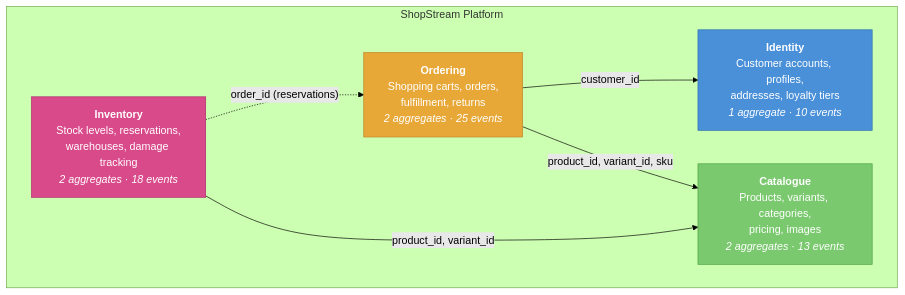
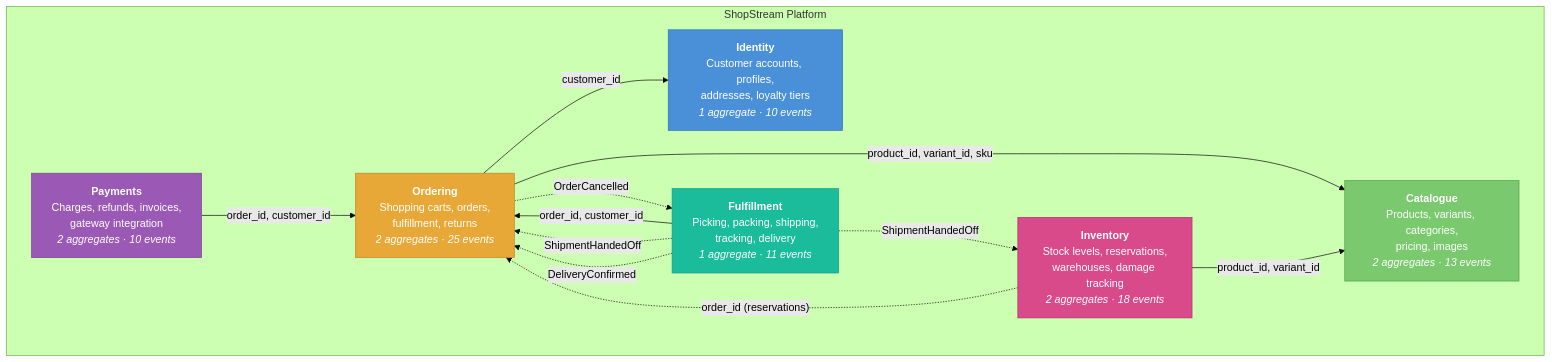
One commit to proteanhq/shopstream changed the diagram in docs/context-map.md. Above: the diagram before and after it, drawn with Mermaid (forest theme). The commit also changed other lines of this file and 64 other files, not shown here.

````diff
--- a/docs/context-map.md
+++ b/docs/context-map.md
@@ -25,19 +31,29 @@
 ```mermaid
 graph TB
     subgraph ShopStream["ShopStream Platform"]
         identity["<b>Identity</b><br/>Customer accounts, profiles,<br/>addresses, loyalty tiers<br/><i>1 aggregate &middot; 10 events</i>"]
         catalogue["<b>Catalogue</b><br/>Products, variants, categories,<br/>pricing, images<br/><i>2 aggregates &middot; 13 events</i>"]
         ordering["<b>Ordering</b><br/>Shopping carts, orders,<br/>fulfillment, returns<br/><i>2 aggregates &middot; 25 events</i>"]
         inventory["<b>Inventory</b><br/>Stock levels, reservations,<br/>warehouses, damage tracking<br/><i>2 aggregates &middot; 18 events</i>"]
+        payments["<b>Payments</b><br/>Charges, refunds, invoices,<br/>gateway integration<br/><i>2 aggregates &middot; 10 events</i>"]
+        fulfillment_ctx["<b>Fulfillment</b><br/>Picking, packing, shipping,<br/>tracking, delivery<br/><i>1 aggregate &middot; 11 events</i>"]
     end
 
     ordering -- "customer_id" --> identity
     ordering -- "product_id, variant_id, sku" --> catalogue
     inventory -- "product_id, variant_id" --> catalogue
     inventory -. "order_id (reservations)" .-> ordering
+    payments -- "order_id, customer_id" --> ordering
+    fulfillment_ctx -- "order_id, customer_id" --> ordering
+    fulfillment_ctx -. "ShipmentHandedOff" .-> ordering
+    fulfillment_ctx -. "DeliveryConfirmed" .-> ordering
+    fulfillment_ctx -. "ShipmentHandedOff" .-> inventory
+    ordering -. "OrderCancelled" .-> fulfillment_ctx
 
     style identity fill:#4a90d9,color:#fff,stroke:#2a6cb0
     style catalogue fill:#7bc96f,color:#fff,stroke:#4a9e3f
     style ordering fill:#e8a838,color:#fff,stroke:#c08020
     style inventory fill:#d94a8a,color:#fff,stroke:#b02a6c
+    style payments fill:#9b59b6,color:#fff,stroke:#7d3c98
+    style fulfillment_ctx fill:#1abc9c,color:#fff,stroke:#16a085
 ```
````
